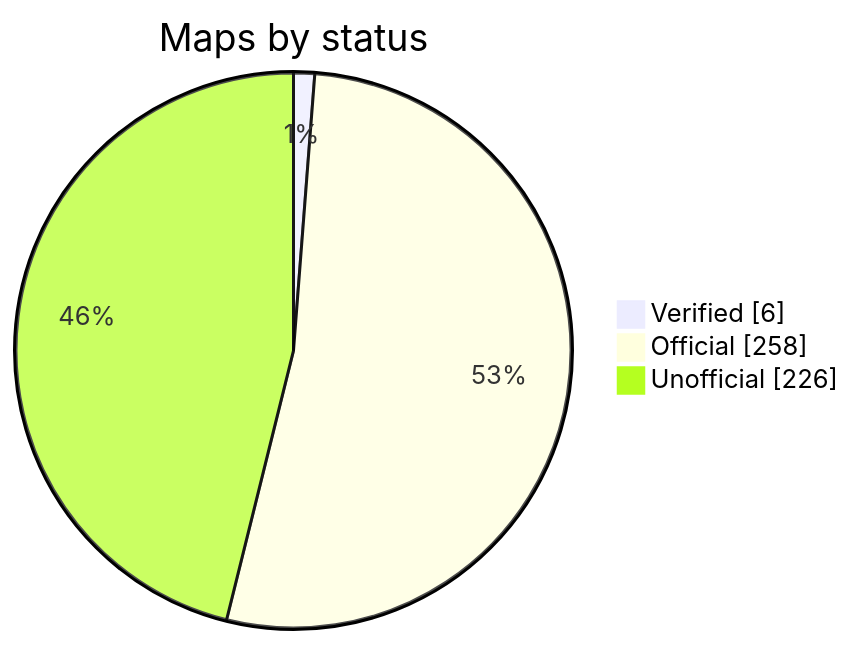
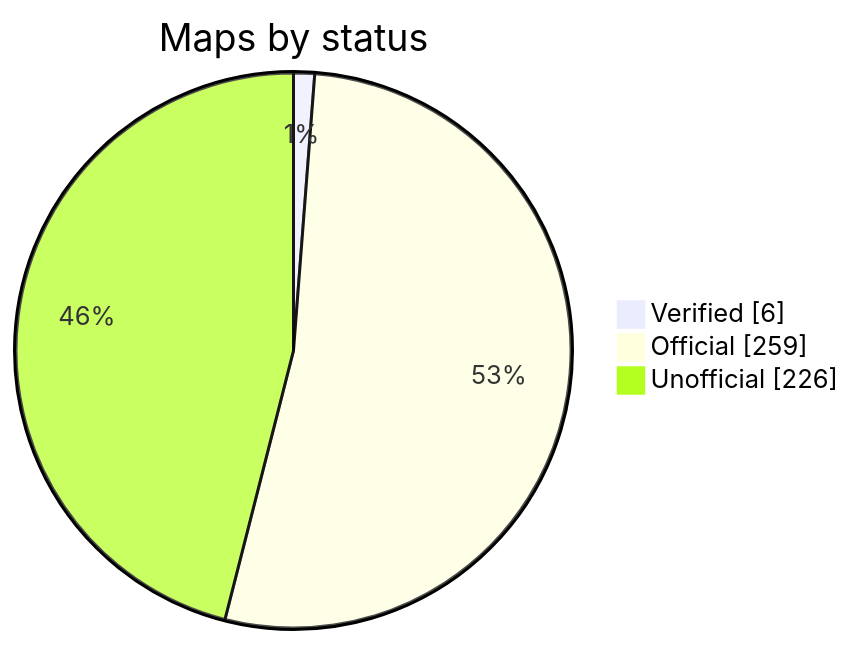
Before and after one commit to nobrega8/mbmap-library: the diagram in README.md, drawn with Mermaid. The commit also changed 2 other files, not shown here.

Commit message:
Add the Delta DVP-ES2/EX2/SS2/SA2/SX2/SE map (#66) (#67)
Written from the DVP Operation Manual - Programming, section 4.4 (PLC device addresses).

````diff
--- a/README.md
+++ b/README.md
@@ -48,7 +48,7 @@
 ```mermaid
 pie showData
     title Maps by status
     "Verified" : 6
-    "Official" : 258
+    "Official" : 259
     "Unofficial" : 226
 ```
````
